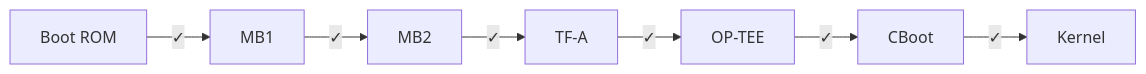
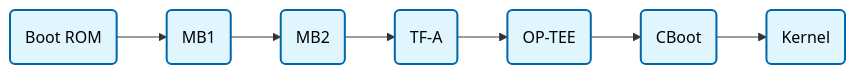
The diagram in content/posts/secure-boot-pitfalls.md (Singh-Somesh/CodetoCore), drawn with Mermaid before and after one commit. The commit also changed other lines of this file and 1 other file, not shown here.

Commit message:
Update post: Why Your Secure Boot Probably Isn't Actually Secure; Modified next task info

````diff
--- a/content/posts/secure-boot-pitfalls.md
+++ b/content/posts/secure-boot-pitfalls.md
@@ -266,9 +269,13 @@
 ```mermaid
 flowchart LR
-    A[Boot ROM] -->|✓| B[MB1]
-    B -->|✓| C[MB2]
-    C -->|✓| D[TF-A]
-    D -->|✓| E[OP-TEE]
-    E -->|✓| F[CBoot]
-    F -->|✓| G[Kernel]
+    A(Boot ROM) --> B(MB1)
+    B --> C(MB2)
+    C --> D(TF-A)
+    D --> E(OP-TEE)
+    E --> F(CBoot)
+    G(Kernel)
+    F --> G
+    
+    classDef stage fill:#e1f5ff,stroke:#0066aa,stroke-width:2px,color:#000
+    class A,B,C,D,E,F,G stage
 ```
````
